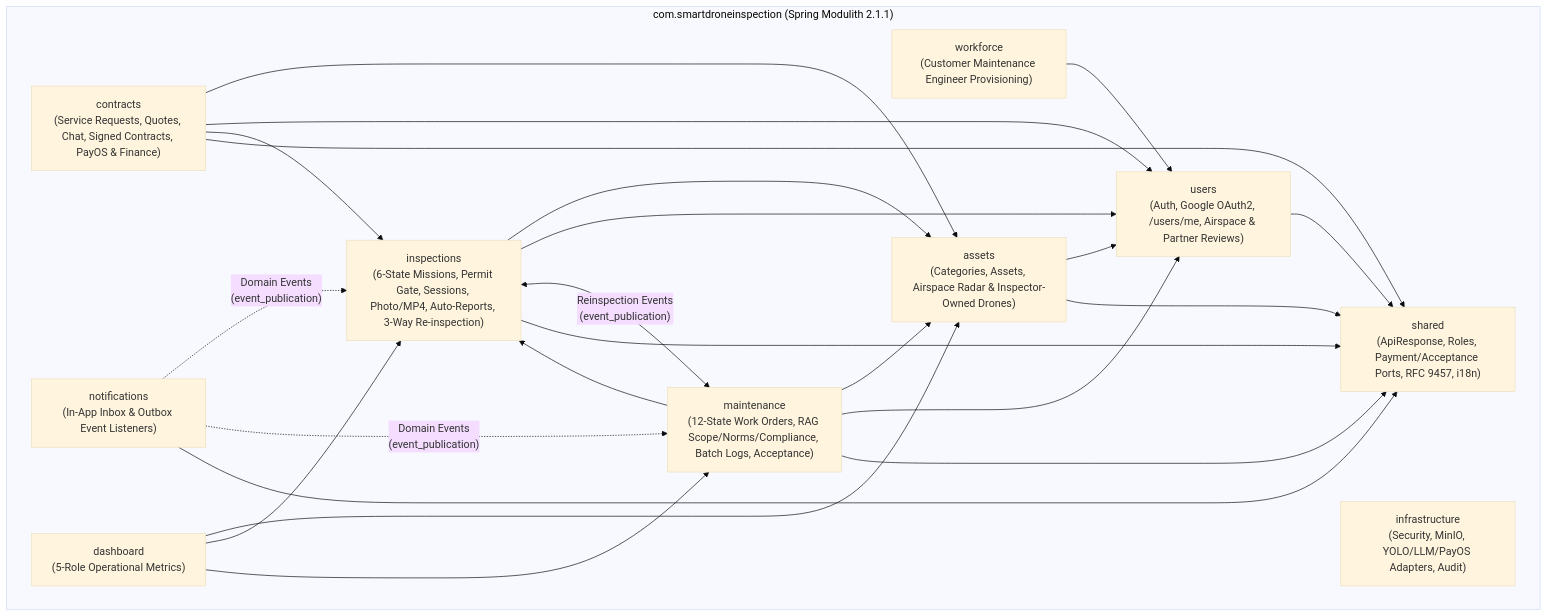
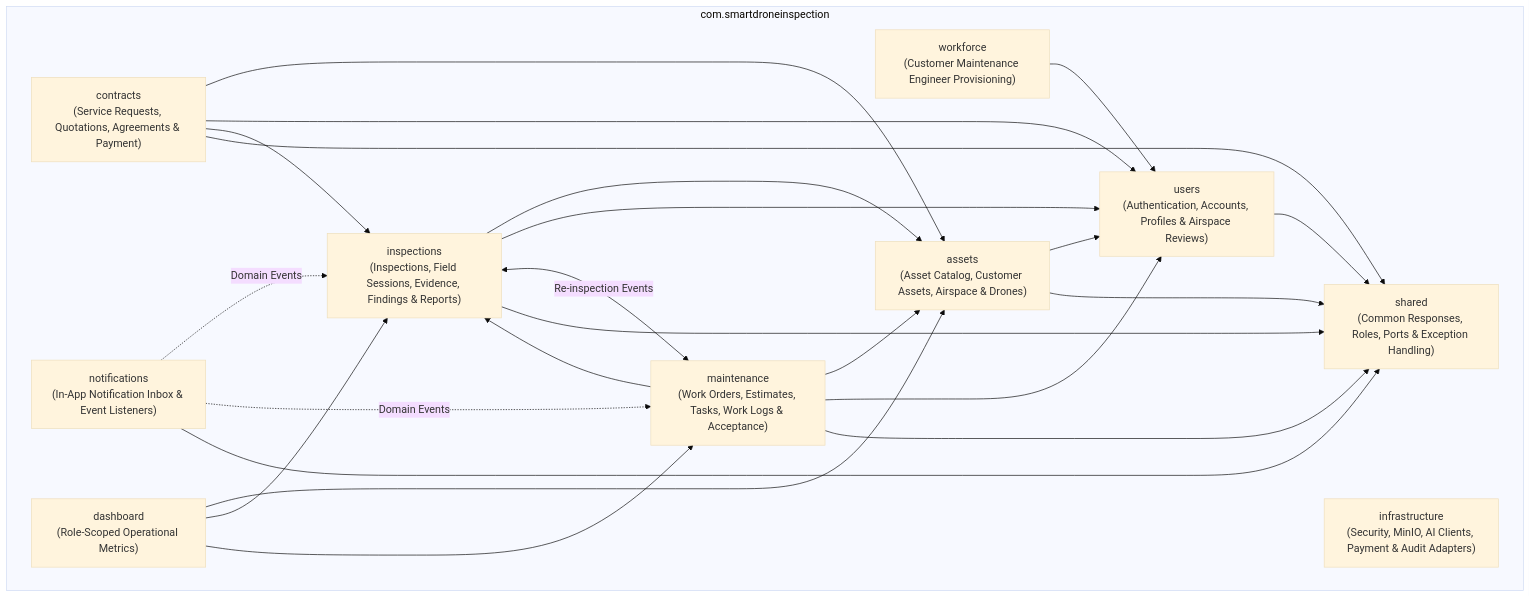
One commit to tungbach12/SmartDroneInspection-Docs changed the second of 2 diagrams in reports/report-4-software-design-document/01-system-design.md. Above: the diagram before and after it, drawn with Mermaid (base theme). The commit also changed other lines of this file and 206 other files, not shown here.

First line of the commit message:
docs(reports): synchronize Report 1-5 changes, update diagrams, and clean exports

````diff
--- a/reports/report-4-software-design-document/01-system-design.md
+++ b/reports/report-4-software-design-document/01-system-design.md
@@ -93,39 +91,39 @@
 ```mermaid
 %% title: Backend Subsystem Package Diagram
 flowchart TD
-  subgraph RootPkg["com.smartdroneinspection (Spring Modulith 2.1.1)"]
-    USERS["users\n(Auth, Google OAuth2, /users/me, Airspace & Partner Reviews)"]
+  subgraph RootPkg["com.smartdroneinspection"]
+    USERS["users\n(Authentication, Accounts, Profiles & Airspace Reviews)"]
     WORKFORCE["workforce\n(Customer Maintenance Engineer Provisioning)"]
-    CONTRACTS["contracts\n(Service Requests, Quotes, Chat, Signed Contracts, PayOS & Finance)"]
-    ASSETS["assets\n(Categories, Assets, Airspace Radar & Inspector-Owned Drones)"]
-    INSPECTIONS["inspections\n(6-State Missions, Permit Gate, Sessions, Photo/MP4, Auto-Reports, 3-Way Re-inspection)"]
-    MAINTENANCE["maintenance\n(12-State Work Orders, RAG Scope/Norms/Compliance, Batch Logs, Acceptance)"]
-    NOTIFICATIONS["notifications\n(In-App Inbox & Outbox Event Listeners)"]
-    DASHBOARD["dashboard\n(5-Role Operational Metrics)"]
-    INFRASTRUCTURE["infrastructure\n(Security, MinIO, YOLO/LLM/PayOS Adapters, Audit)"]
-    SHARED["shared\n(ApiResponse, Roles, Payment/Acceptance Ports, RFC 9457, i18n)"]
+    CONTRACTS["contracts\n(Service Requests, Quotations, Agreements & Payment)"]
+    ASSETS["assets\n(Asset Catalog, Customer Assets, Airspace & Drones)"]
+    INSPECTIONS["inspections\n(Inspections, Field Sessions, Evidence, Findings & Reports)"]
+    MAINTENANCE["maintenance\n(Work Orders, Estimates, Tasks, Work Logs & Acceptance)"]
+    NOTIFICATIONS["notifications\n(In-App Notification Inbox & Event Listeners)"]
+    DASHBOARD["dashboard\n(Role-Scoped Operational Metrics)"]
+    INFRASTRUCTURE["infrastructure\n(Security, MinIO, AI Clients, Payment & Audit Adapters)"]
+    SHARED["shared\n(Common Responses, Roles, Ports & Exception Handling)"]
   end
 
   WORKFORCE --> USERS
   CONTRACTS --> ASSETS
   CONTRACTS --> USERS
   CONTRACTS --> INSPECTIONS
   ASSETS --> USERS
   INSPECTIONS --> ASSETS
   INSPECTIONS --> USERS
   MAINTENANCE --> INSPECTIONS
   MAINTENANCE --> ASSETS
   MAINTENANCE --> USERS
-  NOTIFICATIONS -.->|"Domain Events\n(event_publication)"| INSPECTIONS
-  NOTIFICATIONS -.->|"Domain Events\n(event_publication)"| MAINTENANCE
-  INSPECTIONS <-->|"Reinspection Events\n(event_publication)"| MAINTENANCE
+  NOTIFICATIONS -.->|"Domain Events"| INSPECTIONS
+  NOTIFICATIONS -.->|"Domain Events"| MAINTENANCE
+  INSPECTIONS <-->|"Re-inspection Events"| MAINTENANCE
   DASHBOARD --> ASSETS
   DASHBOARD --> INSPECTIONS
   DASHBOARD --> MAINTENANCE
   USERS --> SHARED
   CONTRACTS --> SHARED
   ASSETS --> SHARED
   INSPECTIONS --> SHARED
   MAINTENANCE --> SHARED
   NOTIFICATIONS --> SHARED
 ```
````
